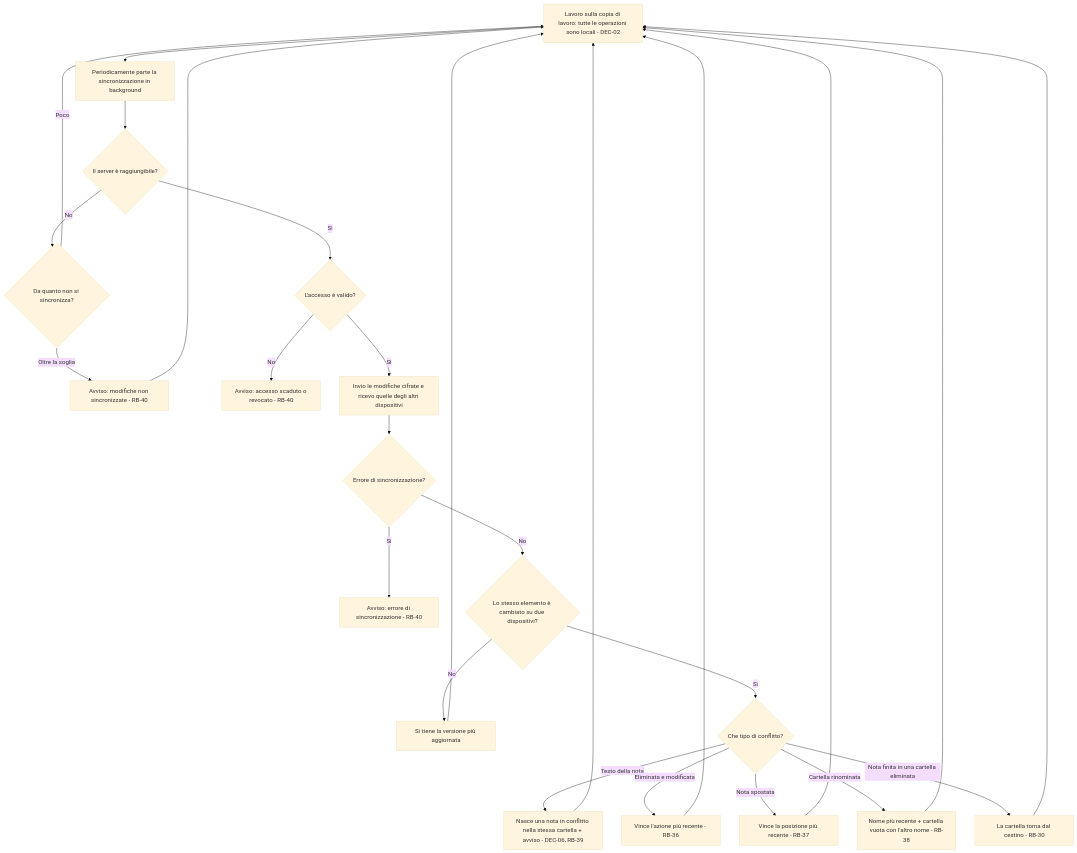
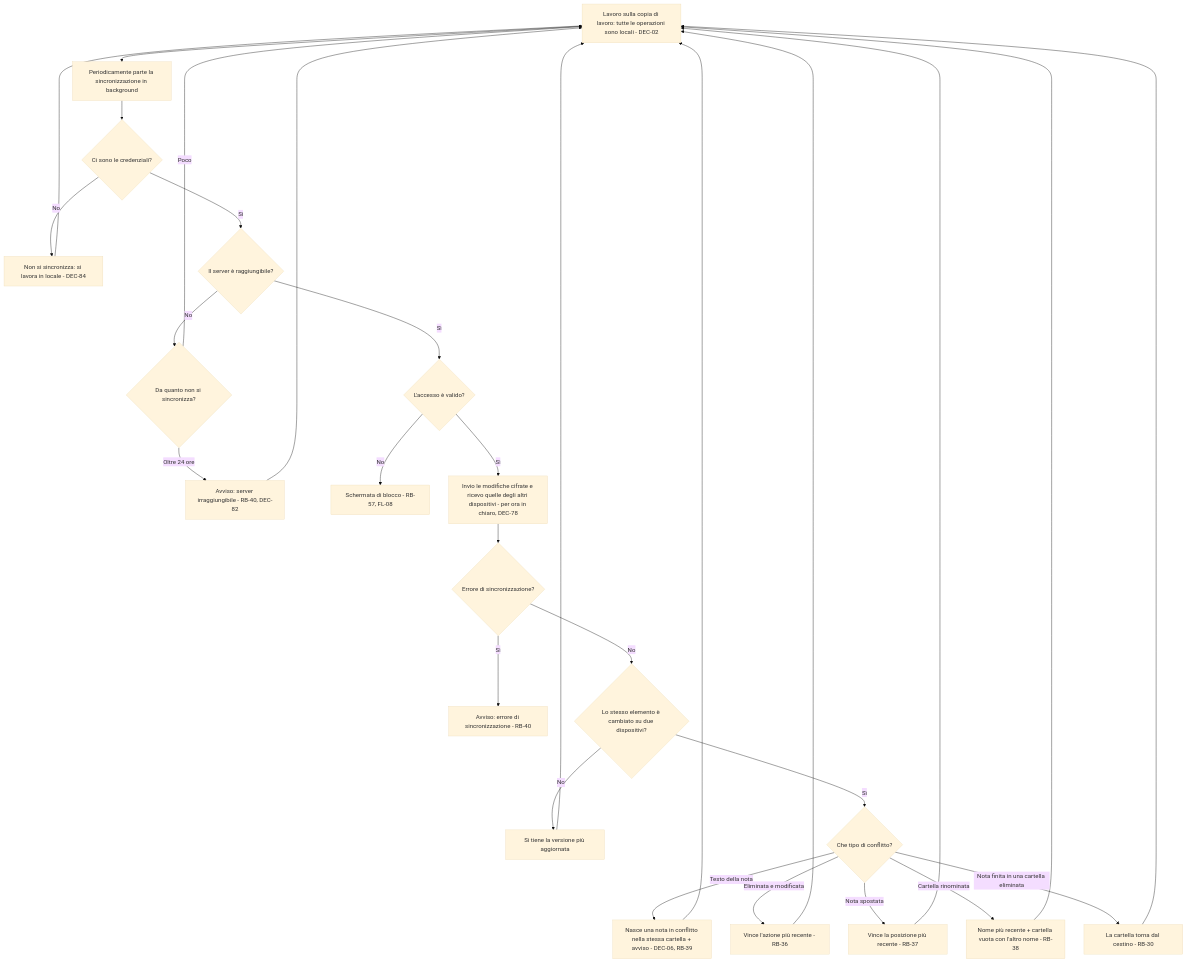
The first of 2 diagrams in docs/moduli/sincronizzazione/2-flussi.md (Helmutsti/MemoDu), drawn with Mermaid (base theme) before and after one commit. The commit also changed other lines of this file and 40 other files, not shown here.

````diff
--- a/docs/moduli/sincronizzazione/2-flussi.md
+++ b/docs/moduli/sincronizzazione/2-flussi.md
@@ -8,28 +8,31 @@
 ```mermaid
 flowchart TD
     A[Lavoro sulla copia di lavoro: tutte le operazioni sono locali - DEC-02] --> B[Periodicamente parte la sincronizzazione in background]
-    B --> C{Il server è raggiungibile?}
+    B --> X{Ci sono le credenziali?}
+    X -- No --> Y[Non si sincronizza: si lavora in locale - DEC-84]
+    Y --> A
+    X -- Sì --> C{Il server è raggiungibile?}
     C -- No --> D{Da quanto non si sincronizza?}
     D -- Poco --> A
-    D -- Oltre la soglia --> W[Avviso: modifiche non sincronizzate - RB-40]
+    D -- Oltre 24 ore --> W[Avviso: server irraggiungibile - RB-40, DEC-82]
     W --> A
     C -- Sì --> E{L'accesso è valido?}
-    E -- No --> V[Avviso: accesso scaduto o revocato - RB-40]
-    E -- Sì --> F[Invio le modifiche cifrate e ricevo quelle degli altri dispositivi]
+    E -- No --> V[Schermata di blocco - RB-57, FL-08]
+    E -- Sì --> F[Invio le modifiche cifrate e ricevo quelle degli altri dispositivi - per ora in chiaro, DEC-78]
     F --> G{Errore di sincronizzazione?}
     G -- Sì --> U[Avviso: errore di sincronizzazione - RB-40]
     G -- No --> H{Lo stesso elemento è cambiato su due dispositivi?}
     H -- No --> I[Si tiene la versione più aggiornata]
     H -- Sì --> J{Che tipo di conflitto?}
     J -- Testo della nota --> K[Nasce una nota in conflitto nella stessa cartella + avviso - DEC-06, RB-39]
     J -- Eliminata e modificata --> L[Vince l'azione più recente - RB-36]
     J -- Nota spostata --> M[Vince la posizione più recente - RB-37]
     J -- Cartella rinominata --> N[Nome più recente + cartella vuota con l'altro nome - RB-38]
     J -- Nota finita in una cartella eliminata --> O[La cartella torna dal cestino - RB-30]
     I --> A
     K --> A
     L --> A
     M --> A
     N --> A
     O --> A
 ```
````
